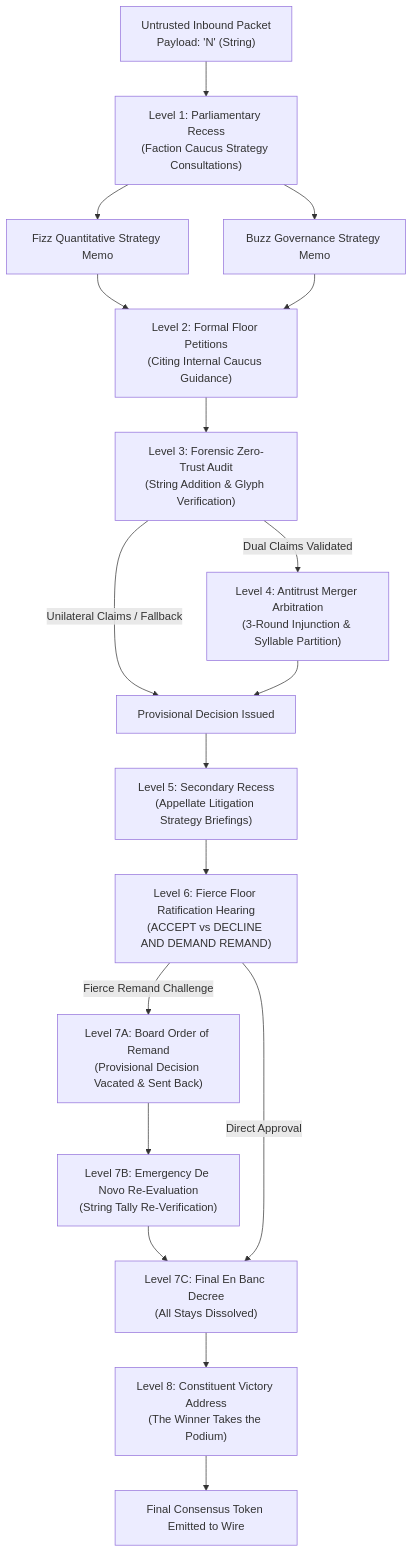
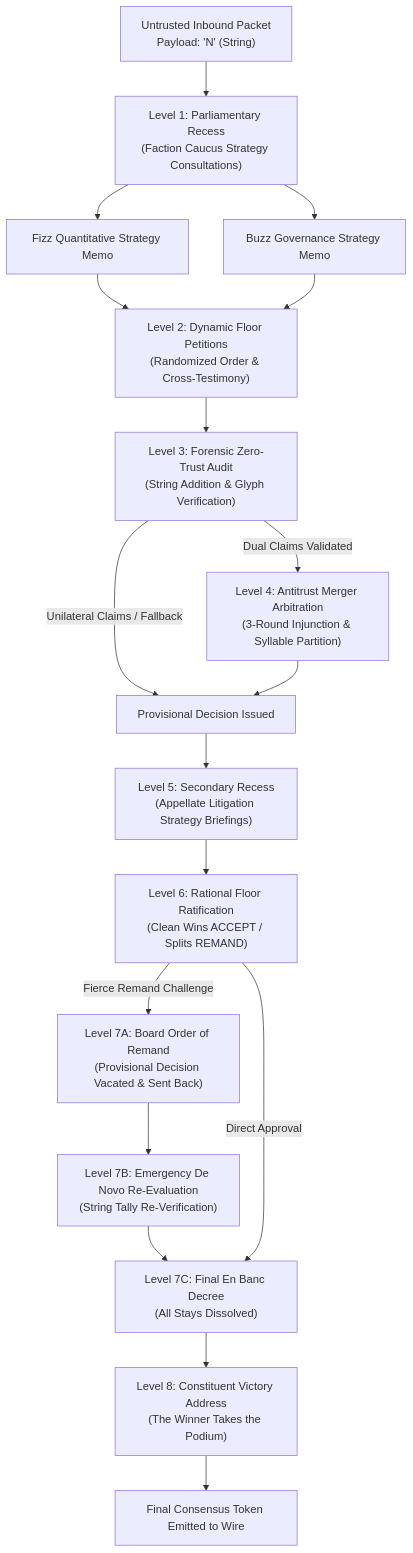
One commit to adamoutler/byzantine-fizzbuzz changed the diagram in README.md. Above: the diagram before and after it, drawn with Mermaid. The commit also changed other lines of this file and 2 other files, not shown here.

Commit message:
feat: add dynamic floor order, cross-examination rebuttals, rational game-theoretic appeals, and markdown quote formatting

````diff
--- a/README.md
+++ b/README.md
@@ -21,28 +27,28 @@
 ```mermaid
 flowchart TD
     Ingest["Untrusted Inbound Packet<br>Payload: 'N' (String)"] --> Recess1["Level 1: Parliamentary Recess<br>(Faction Caucus Strategy Consultations)"]
     
     Recess1 --> F1["Fizz Quantitative Strategy Memo"]
     Recess1 --> B1["Buzz Governance Strategy Memo"]
     
-    F1 --> Floor["Level 2: Formal Floor Petitions<br>(Citing Internal Caucus Guidance)"]
+    F1 --> Floor["Level 2: Dynamic Floor Petitions<br>(Randomized Order & Cross-Testimony)"]
     B1 --> Floor
     
     Floor --> Audit["Level 3: Forensic Zero-Trust Audit<br>(String Addition & Glyph Verification)"]
     
     Audit -- "Dual Claims Validated" --> Merger["Level 4: Antitrust Merger Arbitration<br>(3-Round Injunction & Syllable Partition)"]
     Audit -- "Unilateral Claims / Fallback" --> ProvDecision["Provisional Decision Issued"]
     Merger --> ProvDecision
     
     ProvDecision --> Recess2["Level 5: Secondary Recess<br>(Appellate Litigation Strategy Briefings)"]
-    Recess2 --> Ratify["Level 6: Fierce Floor Ratification Hearing<br>(ACCEPT vs DECLINE AND DEMAND REMAND)"]
+    Recess2 --> Ratify["Level 6: Rational Floor Ratification<br>(Clean Wins ACCEPT / Splits REMAND)"]
     
     Ratify -- "Fierce Remand Challenge" --> Remand["Level 7A: Board Order of Remand<br>(Provisional Decision Vacated & Sent Back)"]
     Remand --> DeNovo["Level 7B: Emergency De Novo Re-Evaluation<br>(String Tally Re-Verification)"]
     DeNovo --> EnBanc["Level 7C: Final En Banc Decree<br>(All Stays Dissolved)"]
     
     Ratify -- "Direct Approval" --> EnBanc
     
     EnBanc --> Podium["Level 8: Constituent Victory Address<br>(The Winner Takes the Podium)"]
     Podium --> Wire["Final Consensus Token Emitted to Wire"]
 ```
````
